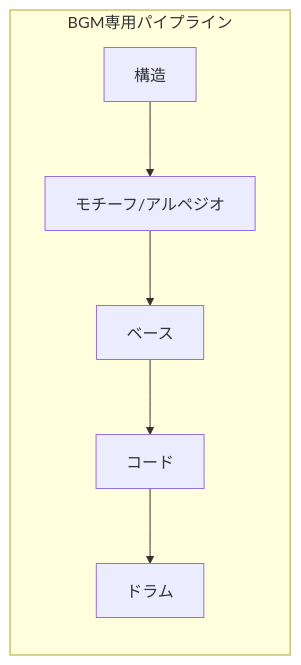
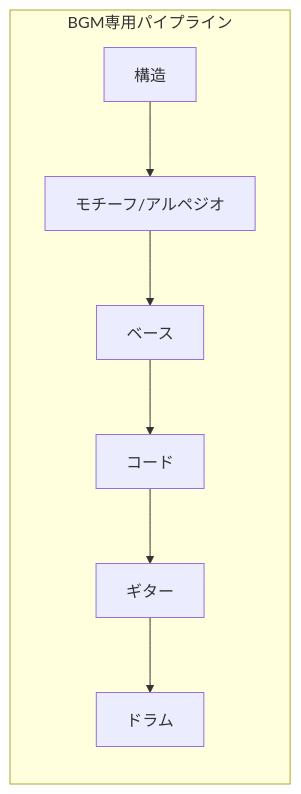
Before and after one commit to libraz/midi-sketch-homepage: the second of 7 diagrams in src/ja/docs/generation-pipeline.md, drawn with Mermaid. The commit also changed other lines of this file and 24 other files, not shown here.

````diff
--- a/src/ja/docs/generation-pipeline.md
+++ b/src/ja/docs/generation-pipeline.md
@@ -37,9 +37,10 @@
 ```mermaid
 flowchart LR
     subgraph BGMMode ["BGM専用パイプライン"]
         B1["構造"] --> B2["モチーフ/アルペジオ"]
         B2 --> B3["ベース"]
         B3 --> B4["コード"]
-        B4 --> B5["ドラム"]
+        B4 --> B5["ギター"]
+        B5 --> B6["ドラム"]
     end
 ```
````
